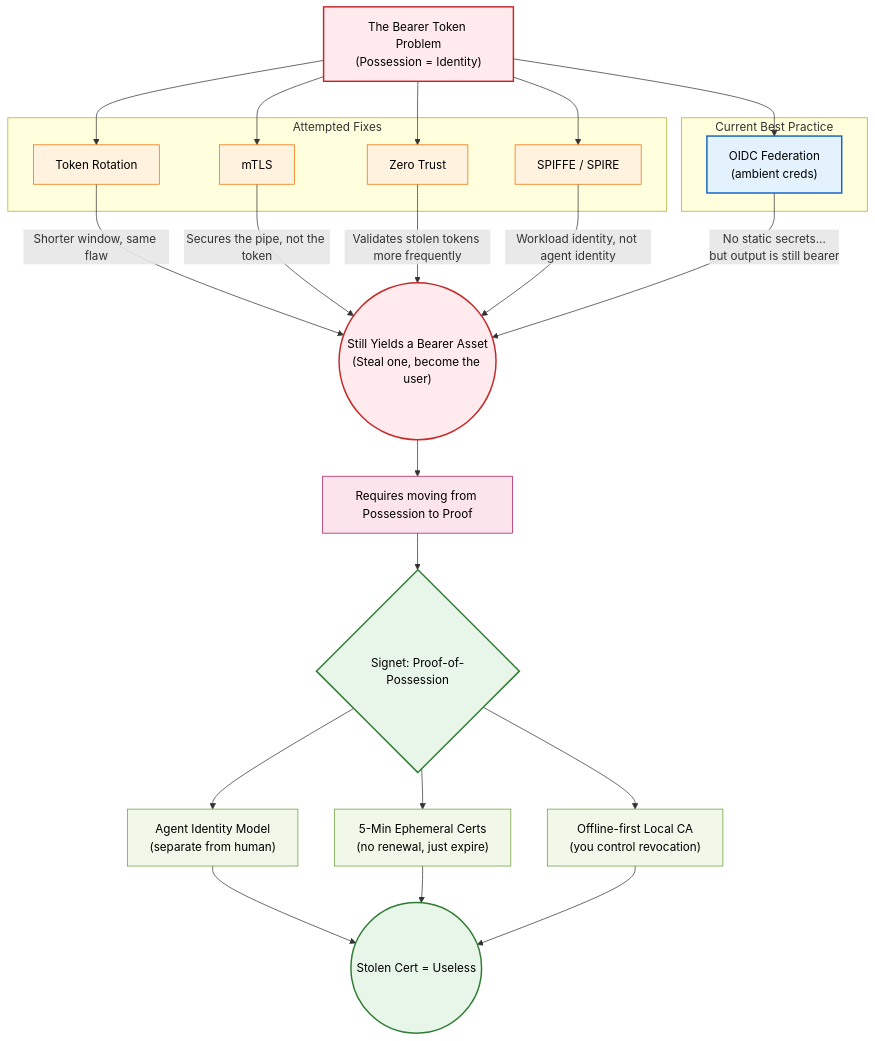
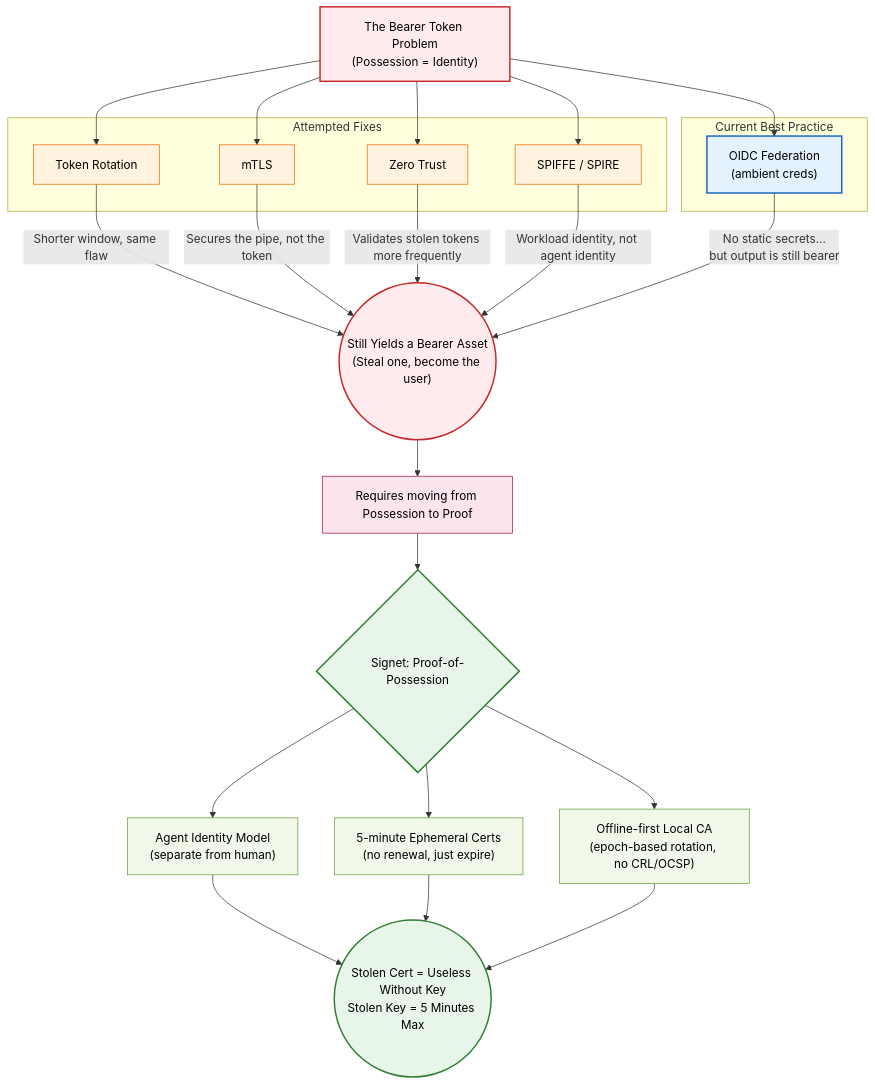
One commit to agentic-research/signet changed the second of 2 diagrams in README.md. Above: the diagram before and after it, drawn with Mermaid.

Commit message:
docs: address Copilot review — diagram accuracy fixes
- "5-Min" → "5-minute" for consistency with rest of README
- "you control revocation" → "epoch-based rotation, no CRL/OCSP" (accurate to impl)
- "Stolen Cert = Useless" → "Stolen Cert = Useless Without Key / Stolen Key = 5 Minutes Max"

````diff
--- a/README.md
+++ b/README.md
@@ -356,44 +356,44 @@
 ```mermaid
 graph TD
     classDef rootProblem fill:#ffebee,stroke:#c62828,stroke-width:2px,color:#000
     classDef bandAid fill:#fff3e0,stroke:#ef6c00,stroke-width:1px,color:#000
     classDef current fill:#e3f2fd,stroke:#1565c0,stroke-width:2px,color:#000
     classDef signet fill:#e8f5e9,stroke:#2e7d32,stroke-width:2px,color:#000
     classDef feature fill:#f1f8e9,stroke:#689f38,stroke-width:1px,color:#000
     classDef bridge fill:#fce4ec,stroke:#ad1457,stroke-width:1px,color:#000
 
     Root["The Bearer Token Problem<br/>(Possession = Identity)"]:::rootProblem
 
     subgraph StatusQuo ["Attempted Fixes"]
         TR["Token Rotation"]:::bandAid
         mTLS["mTLS"]:::bandAid
         ZT["Zero Trust"]:::bandAid
         SPIFFE["SPIFFE / SPIRE"]:::bandAid
     end
 
     subgraph Current ["Current Best Practice"]
         OIDC["OIDC Federation<br/>(ambient creds)"]:::current
     end
 
     Root --> TR & mTLS & ZT & SPIFFE
     Root --> OIDC
 
     TR -->|"Shorter window, same flaw"| Vuln
     mTLS -->|"Secures the pipe, not the token"| Vuln
     ZT -->|"Validates stolen tokens more frequently"| Vuln
     SPIFFE -->|"Workload identity, not agent identity"| Vuln
     OIDC -->|"No static secrets...<br/>but output is still bearer"| Vuln
 
     Vuln(("Still Yields a Bearer Asset<br/>(Steal one, become the user)")):::rootProblem
 
     Vuln --> Bridge["Requires moving from Possession to Proof"]:::bridge
     Bridge --> Signet
 
     Signet{"Signet: Proof-of-Possession"}:::signet
 
     Signet --> F1["Agent Identity Model<br/>(separate from human)"]:::feature
-    Signet --> F2["5-Min Ephemeral Certs<br/>(no renewal, just expire)"]:::feature
-    Signet --> F3["Offline-first Local CA<br/>(you control revocation)"]:::feature
+    Signet --> F2["5-minute Ephemeral Certs<br/>(no renewal, just expire)"]:::feature
+    Signet --> F3["Offline-first Local CA<br/>(epoch-based rotation, no CRL/OCSP)"]:::feature
 
-    F1 & F2 & F3 --> End((Stolen Cert = Useless)):::signet
+    F1 & F2 & F3 --> End((Stolen Cert = Useless Without Key<br/>Stolen Key = 5 Minutes Max)):::signet
 ```
````
